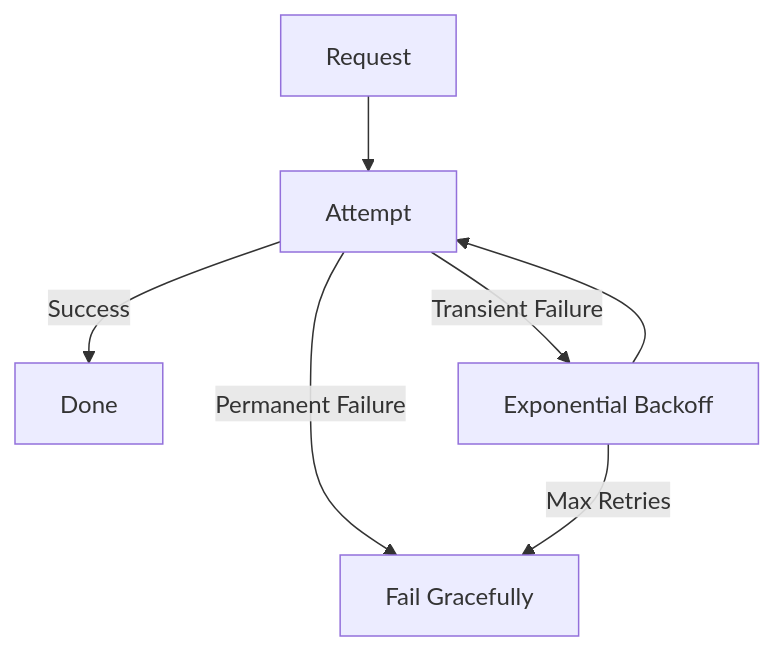
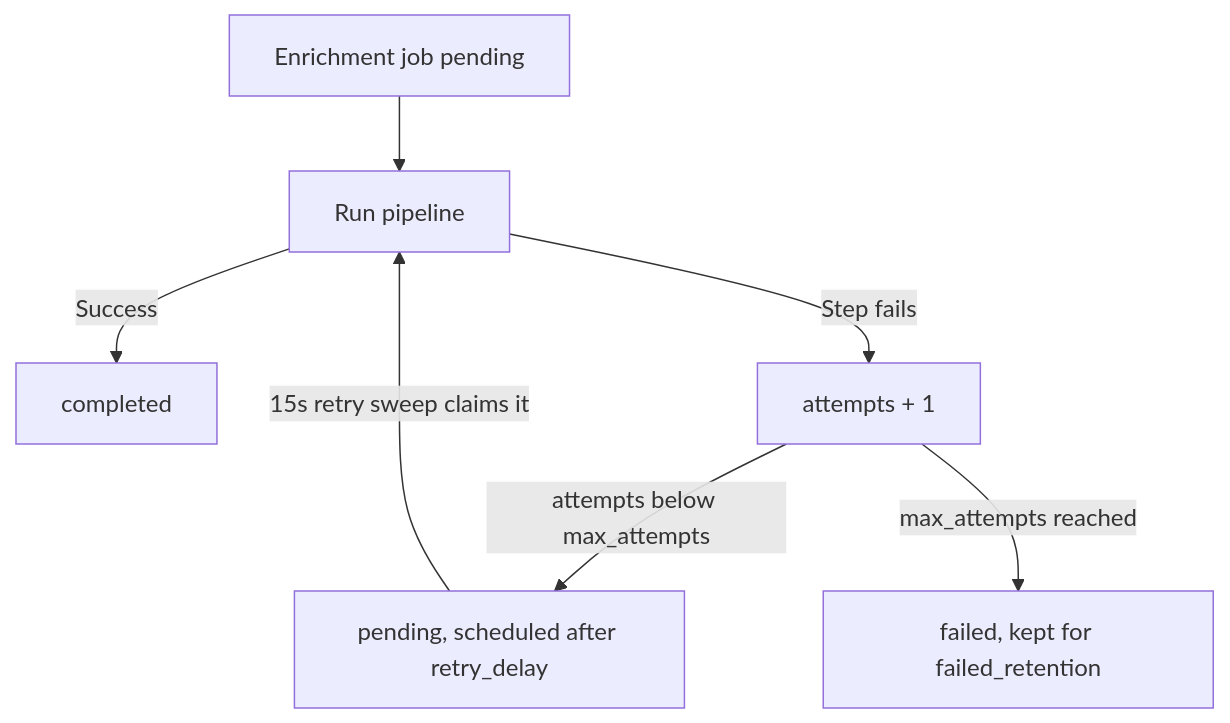
Before and after one commit to twistingmercury/mnemonic-docs: the fifth of 6 diagrams in docs/architecture/system/03-communication-patterns.md, drawn with Mermaid. The commit also changed other lines of this file and 41 other files, not shown here.

````diff
--- a/docs/architecture/system/03-communication-patterns.md
+++ b/docs/architecture/system/03-communication-patterns.md
@@ -192,9 +222,9 @@
 ```mermaid
 graph TB
-    REQUEST[Request] --> ATTEMPT[Attempt]
-    ATTEMPT -->|Success| DONE[Done]
-    ATTEMPT -->|Transient Failure| BACKOFF[Exponential Backoff]
-    BACKOFF --> ATTEMPT
-    ATTEMPT -->|Permanent Failure| FAIL[Fail Gracefully]
-    BACKOFF -->|Max Retries| FAIL
+    JOB[Enrichment job pending] --> RUN[Run pipeline]
+    RUN -->|Success| DONE[completed]
+    RUN -->|Step fails| MARK[attempts + 1]
+    MARK -->|attempts below max_attempts| WAIT[pending, scheduled after retry_delay]
+    WAIT -->|15s retry sweep claims it| RUN
+    MARK -->|max_attempts reached| FAIL[failed, kept for failed_retention]
 ```
````
